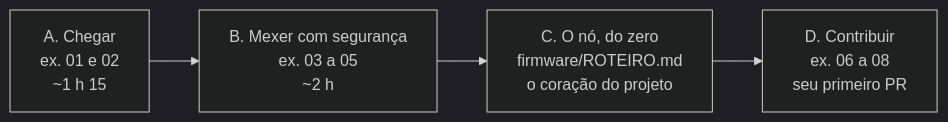
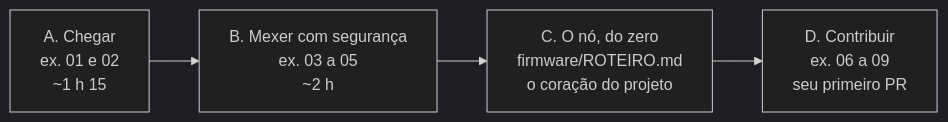
The diagram in docs/trilha.md (lacouth/meliponet), drawn with Mermaid (dark theme) before and after one commit. The commit also changed other lines of this file and 8 other files, not shown here.

````diff
--- a/docs/trilha.md
+++ b/docs/trilha.md
@@ -12,6 +12,6 @@
 ```mermaid
 flowchart LR
     A["A. Chegar<br/>ex. 01 e 02<br/>~1 h 15"] --> B["B. Mexer com segurança<br/>ex. 03 a 05<br/>~2 h"]
     B --> C["C. O nó, do zero<br/>firmware/ROTEIRO.md<br/>o coração do projeto"]
-    C --> D["D. Contribuir<br/>ex. 06 a 08<br/>seu primeiro PR"]
+    C --> D["D. Contribuir<br/>ex. 06 a 09<br/>seu primeiro PR"]
 ```
````
